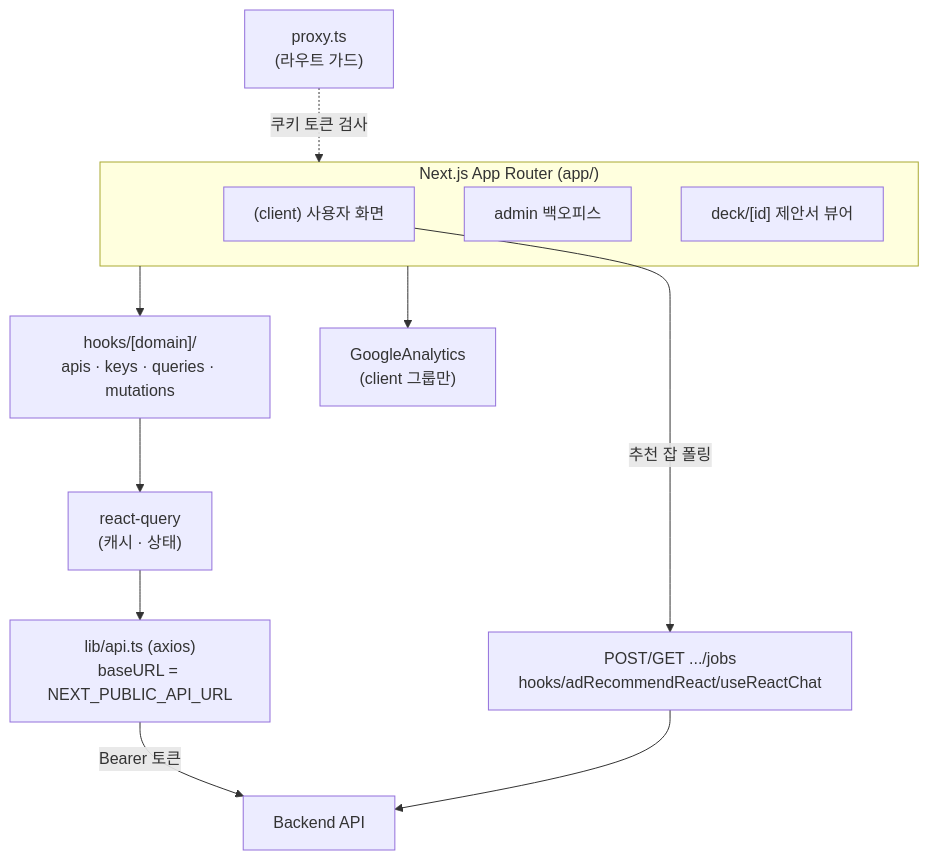
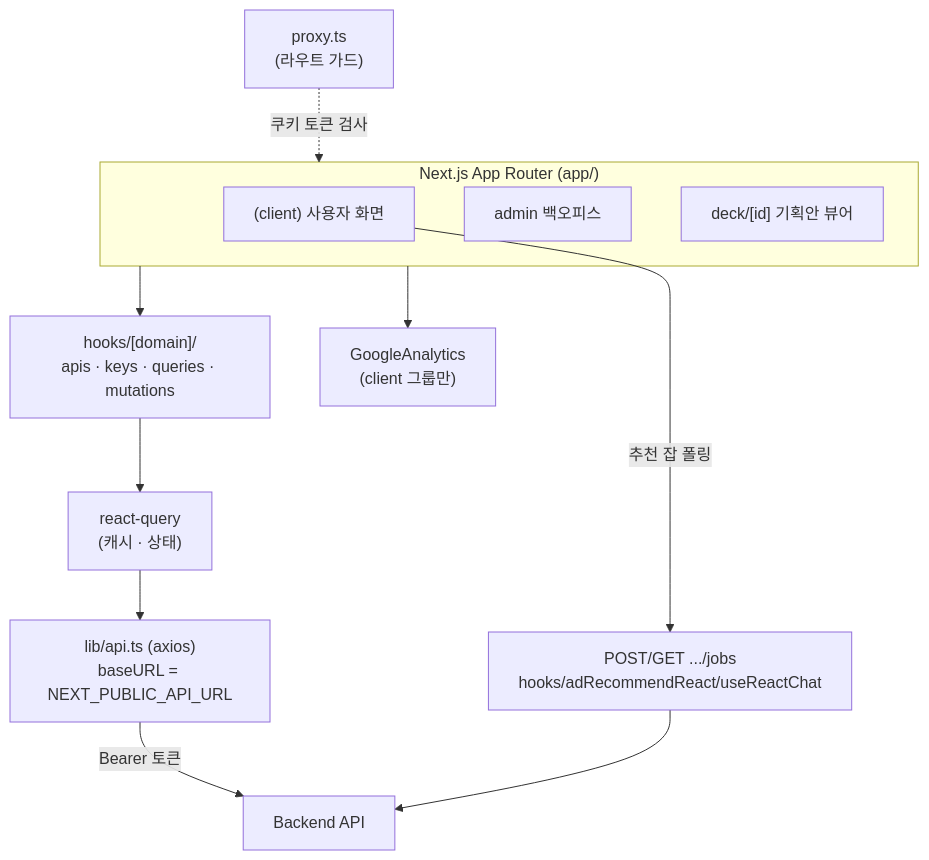
The diagram in frontend/README.md (azzaraq-creator/admix), drawn with Mermaid before and after one commit. The commit also changed other lines of this file and 98 other files, not shown here.

First line of the commit message:
refactor: 서비스 용어 '제안서'를 '기획안'으로 변경

````diff
--- a/frontend/README.md
+++ b/frontend/README.md
@@ -25,16 +25,16 @@
 ```mermaid
 flowchart TD
     subgraph APP["Next.js App Router (app/)"]
         CLIENT["(client)  사용자 화면"]
         ADMIN["admin  백오피스"]
-        DECK["deck/[id]  제안서 뷰어"]
+        DECK["deck/[id]  기획안 뷰어"]
     end
     APP --> HOOKS["hooks/[domain]/<br/>apis · keys · queries · mutations"]
     HOOKS --> RQ["react-query<br/>(캐시 · 상태)"]
     RQ --> API["lib/api.ts (axios)<br/>baseURL = NEXT_PUBLIC_API_URL"]
     API -->|Bearer 토큰| BE["Backend API"]
     CLIENT -->|"추천 잡 폴링"| POLL["POST/GET .../jobs<br/>hooks/adRecommendReact/useReactChat"]
     POLL --> BE
     PROXY["proxy.ts<br/>(라우트 가드)"] -.->|쿠키 토큰 검사| APP
     APP --> GA["GoogleAnalytics<br/>(client 그룹만)"]
 ```
````
